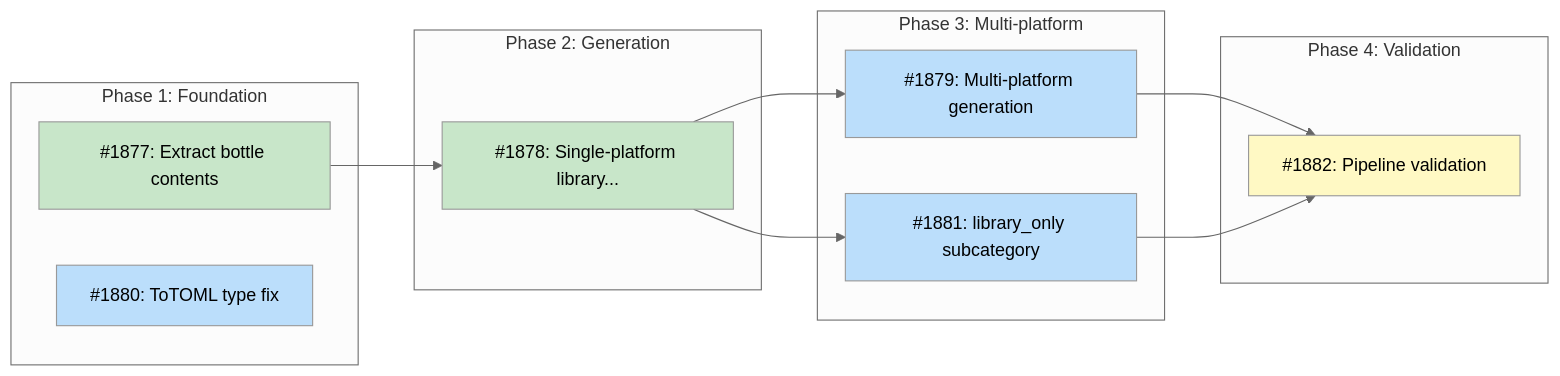
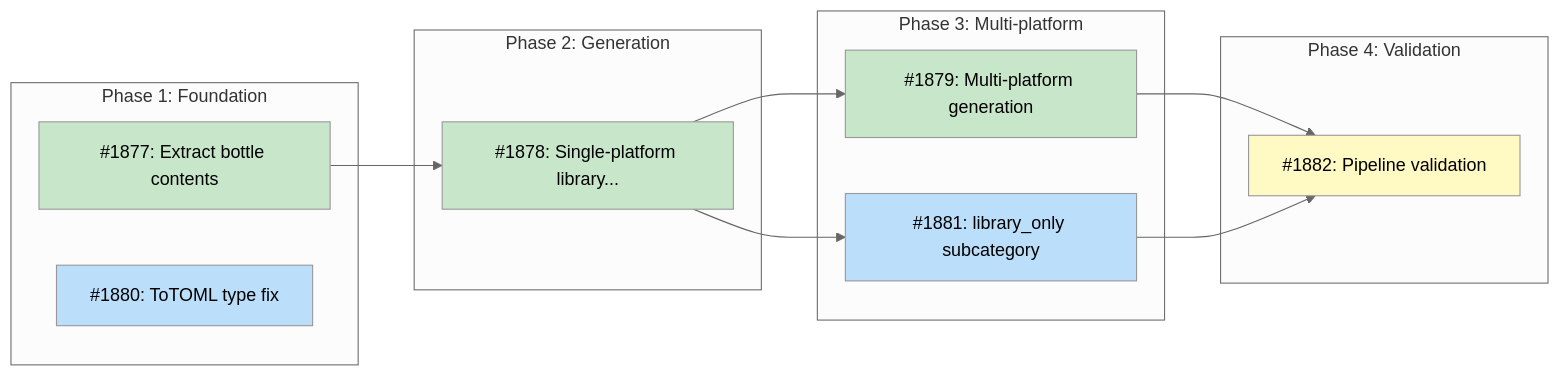
The diagram in docs/designs/DESIGN-library-recipe-generation.md (tsukumogami/tsuku), drawn with Mermaid (neutral theme) before and after one commit. The commit also changed other lines of this file, not shown here.

Commit message:
docs(design): mark #1879 as done in implementation issues

````diff
--- a/docs/designs/DESIGN-library-recipe-generation.md
+++ b/docs/designs/DESIGN-library-recipe-generation.md
@@ -53,36 +53,36 @@
 ```mermaid
 graph LR
     subgraph Phase1["Phase 1: Foundation"]
         I1877["#1877: Extract bottle contents"]
         I1880["#1880: ToTOML type fix"]
     end
 
     subgraph Phase2["Phase 2: Generation"]
         I1878["#1878: Single-platform library..."]
     end
 
     subgraph Phase3["Phase 3: Multi-platform"]
         I1879["#1879: Multi-platform generation"]
         I1881["#1881: library_only subcategory"]
     end
 
     subgraph Phase4["Phase 4: Validation"]
         I1882["#1882: Pipeline validation"]
     end
 
     I1877 --> I1878
     I1878 --> I1879
     I1878 --> I1881
     I1879 --> I1882
     I1881 --> I1882
 
     classDef done fill:#c8e6c9
     classDef ready fill:#bbdefb
     classDef blocked fill:#fff9c4
     classDef needsDesign fill:#e1bee7
     classDef tracksDesign fill:#FFE0B2,stroke:#F57C00,color:#000
 
-    class I1877,I1878 done
-    class I1880,I1879,I1881 ready
+    class I1877,I1878,I1879 done
+    class I1880,I1881 ready
     class I1882 blocked
 ```
````
